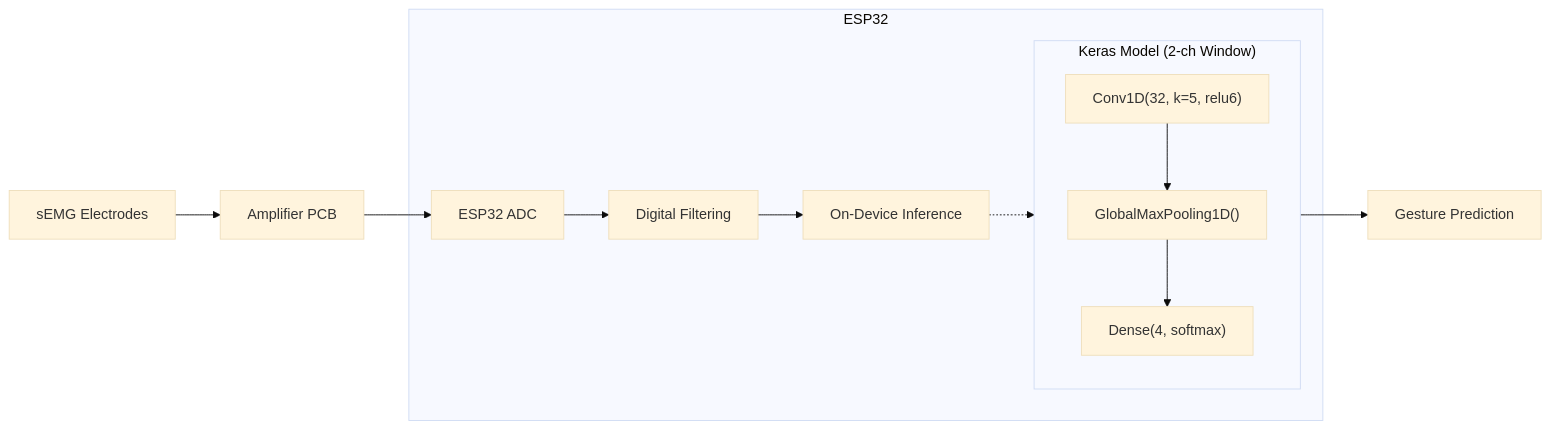
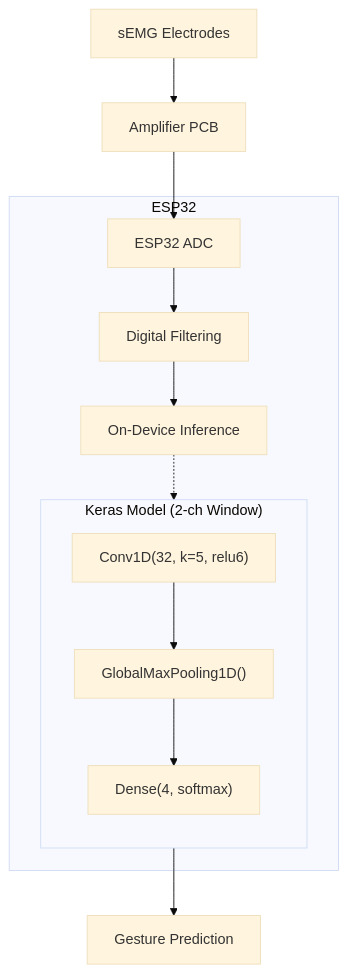
One commit to SimonB111/portfolio changed the diagram in myoSensor/README.md. Above: the diagram before and after it, drawn with Mermaid (base theme).

Commit message:
change chart direction

````diff
--- a/myoSensor/README.md
+++ b/myoSensor/README.md
@@ -9,16 +9,16 @@
 ```mermaid
-flowchart LR
+flowchart TD
     A["sEMG Electrodes"] --> B["Amplifier PCB"]
     subgraph ESP32
         C["ESP32 ADC"] --> D["Digital Filtering"]
         D --> E["On-Device Inference"]
         subgraph InferenceModel["Keras Model (2-ch Window)"]
             direction TB
             M1["Conv1D(32, k=5, relu6)"] --> M2["GlobalMaxPooling1D()"]
             M2 --> M3["Dense(4, softmax)"]
         end
         E -.-> M1
     end
     B --> C
     M3 --> F["Gesture Prediction"]
 ```
````
